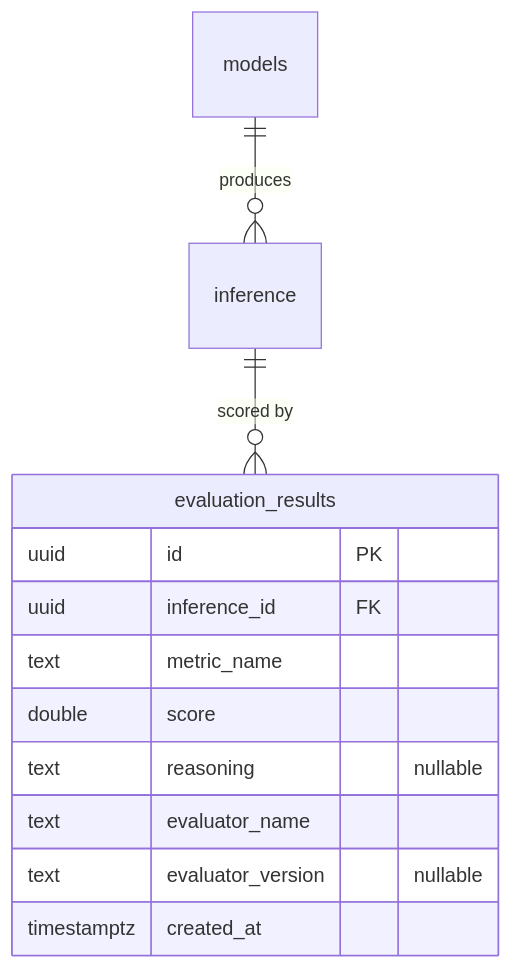
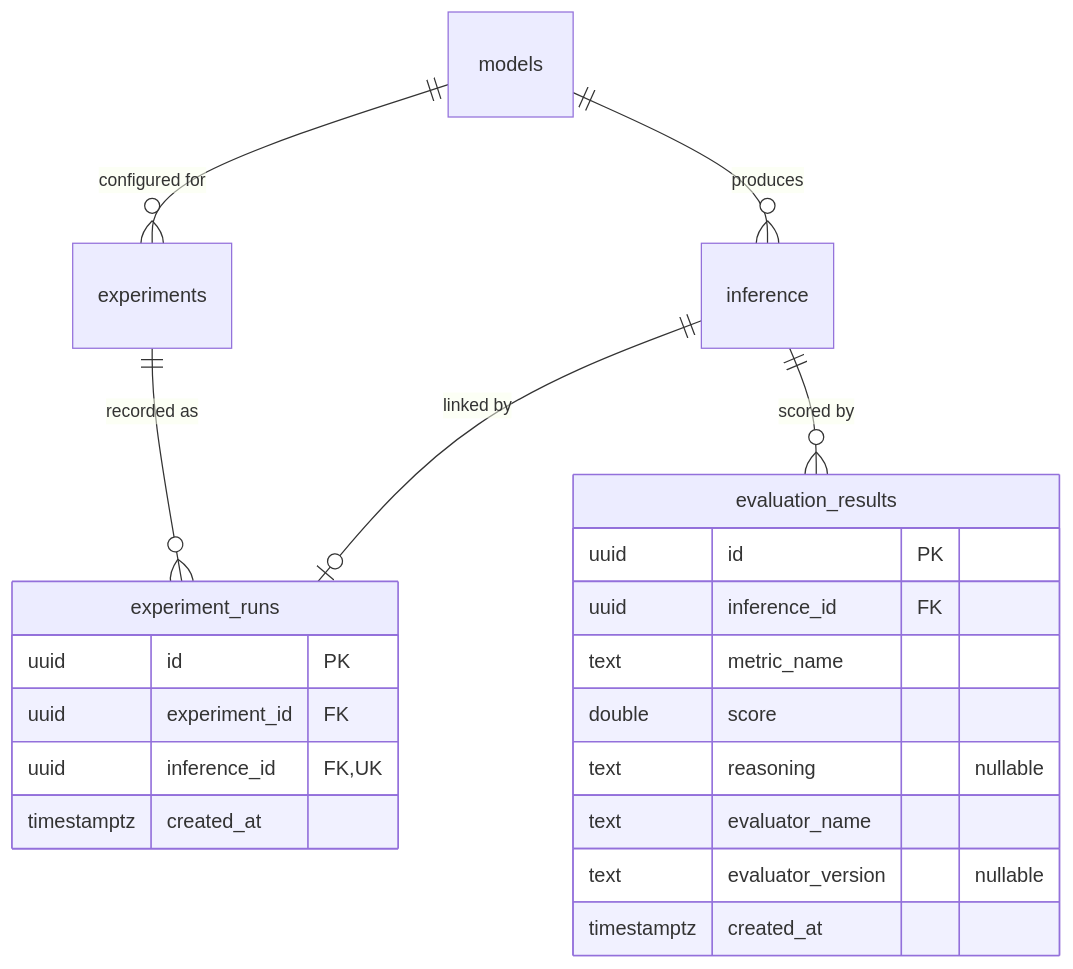
One commit to DimitarAtanassov/arc-model-lab changed the fifth of 5 diagrams in docs/dataflow.md. Above: the diagram before and after it, drawn with Mermaid. The commit also changed other lines of this file and 21 other files, not shown here.

````diff
--- a/docs/dataflow.md
+++ b/docs/dataflow.md
@@ -164,16 +174,26 @@
 ```mermaid
 erDiagram
     models ||--o{ inference : produces
+    models ||--o{ experiments : "configured for"
+    experiments ||--o{ experiment_runs : "recorded as"
+    inference ||--o| experiment_runs : "linked by"
     inference ||--o{ evaluation_results : "scored by"
+
+    experiment_runs {
+        uuid id PK
+        uuid experiment_id FK
+        uuid inference_id FK,UK
+        timestamptz created_at
+    }
 
     evaluation_results {
         uuid id PK
         uuid inference_id FK
         text metric_name
         double score
         text reasoning "nullable"
         text evaluator_name
         text evaluator_version "nullable"
         timestamptz created_at
     }
 ```
````
